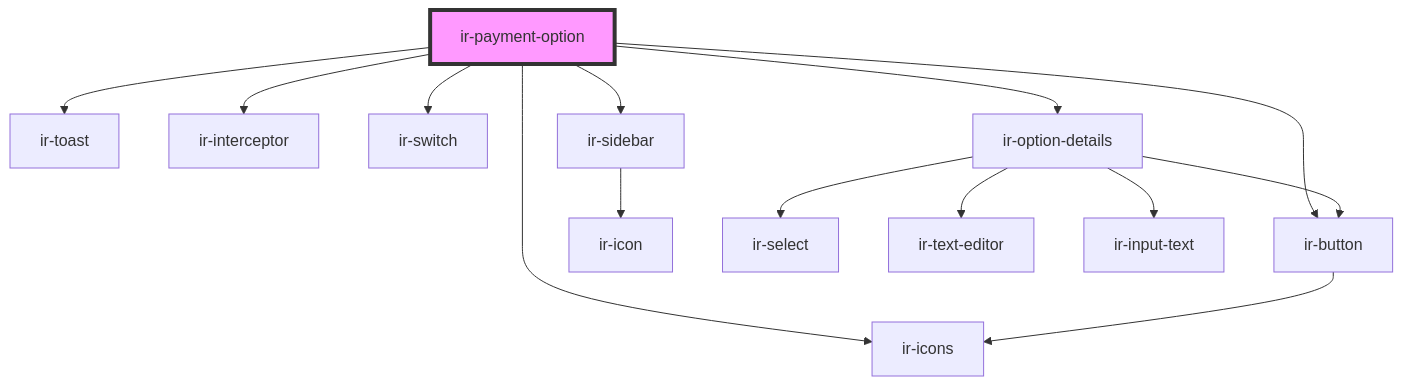
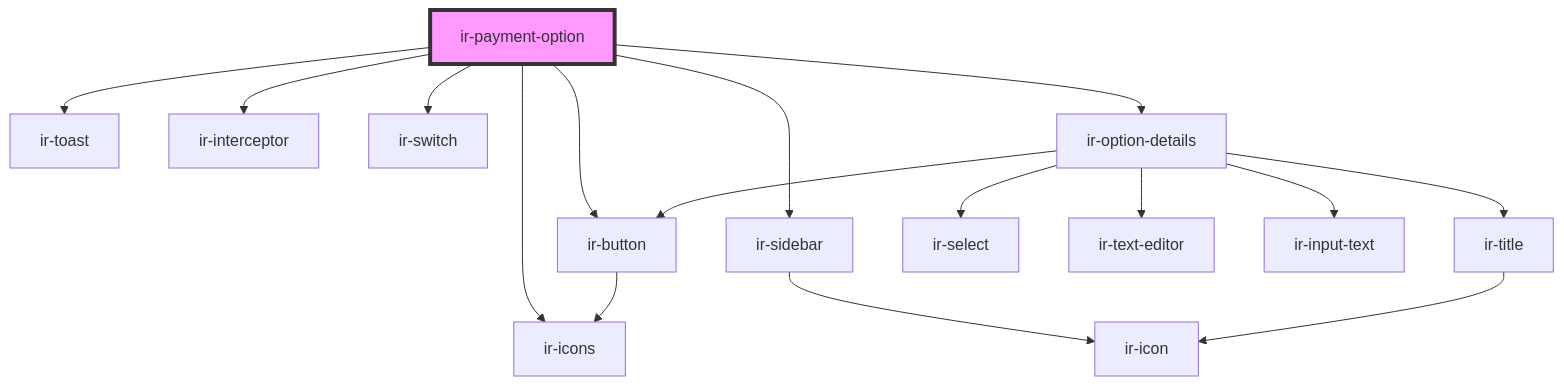
The diagram in src/components/ir-payment-option/readme.md (David1Chowaifaty/modified-ir-webcmp), drawn with Mermaid before and after one commit. The commit also changed 15 other files, not shown here.

````diff
--- a/src/components/ir-payment-option/readme.md
+++ b/src/components/ir-payment-option/readme.md
@@ -40,17 +40,19 @@
 ```mermaid
 graph TD;
   ir-payment-option --> ir-toast
   ir-payment-option --> ir-interceptor
   ir-payment-option --> ir-icons
   ir-payment-option --> ir-switch
   ir-payment-option --> ir-button
   ir-payment-option --> ir-sidebar
   ir-payment-option --> ir-option-details
   ir-button --> ir-icons
   ir-sidebar --> ir-icon
+  ir-option-details --> ir-title
   ir-option-details --> ir-select
   ir-option-details --> ir-text-editor
   ir-option-details --> ir-input-text
   ir-option-details --> ir-button
+  ir-title --> ir-icon
   style ir-payment-option fill:#f9f,stroke:#333,stroke-width:4px
 ```
````
